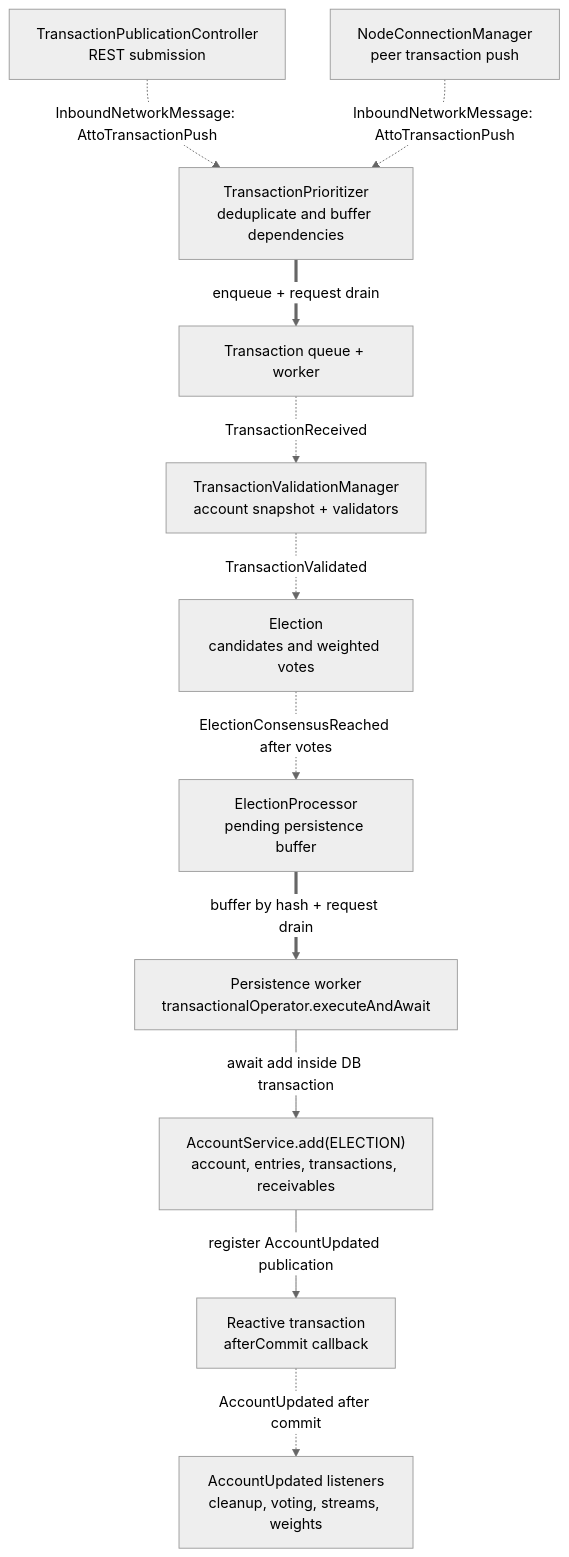
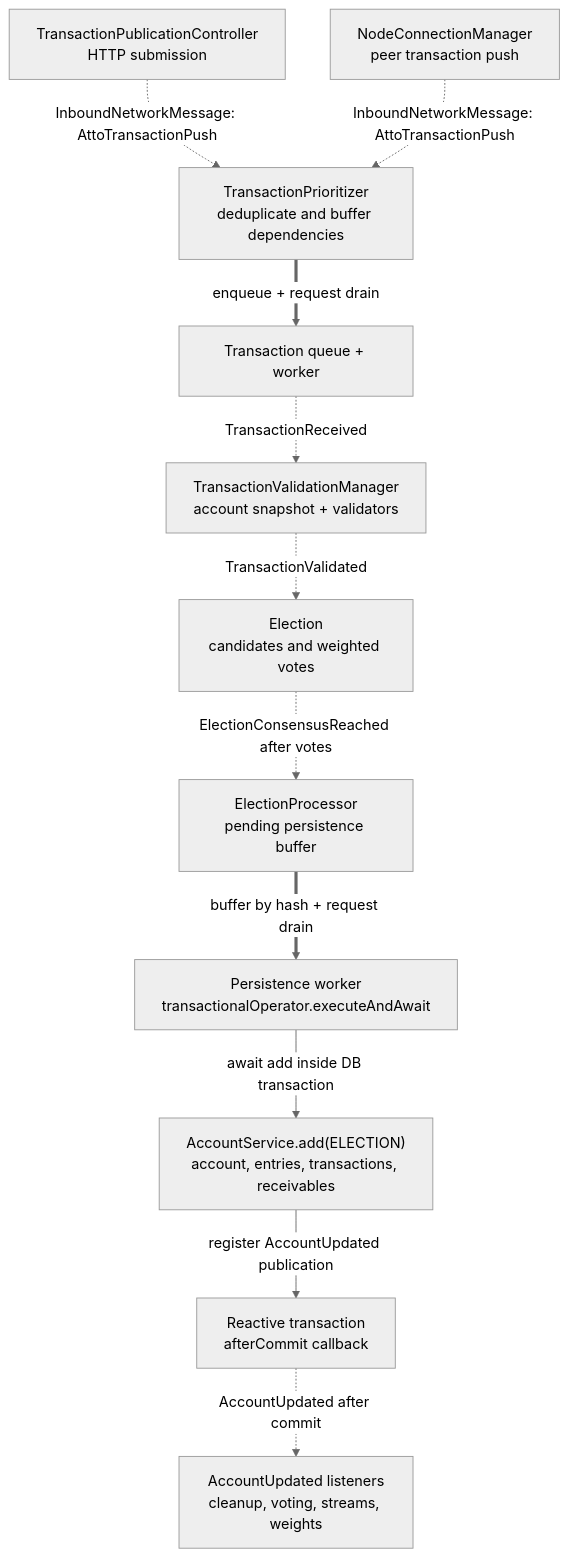
Before and after one commit to attocash/node: the first of 2 diagrams in TRANSACTION-PROCESSING.md, drawn with Mermaid (neutral theme). The commit also changed other lines of this file and 117 other files, not shown here.

````diff
--- a/TRANSACTION-PROCESSING.md
+++ b/TRANSACTION-PROCESSING.md
@@ -41,25 +41,25 @@
 ```mermaid
 flowchart TB
-    REST["TransactionPublicationController<br/>REST submission"]
+    REST["TransactionPublicationController<br/>HTTP submission"]
     P2P["NodeConnectionManager<br/>peer transaction push"]
     PRIORITY["TransactionPrioritizer<br/>deduplicate and buffer dependencies"]
     TXWORK["Transaction queue + worker"]
     VALIDATE["TransactionValidationManager<br/>account snapshot + validators"]
     ELECTION["Election<br/>candidates and weighted votes"]
     PROCESSOR["ElectionProcessor<br/>pending persistence buffer"]
     SAVEWORK["Persistence worker<br/>transactionalOperator.executeAndAwait"]
     ACCOUNT["AccountService.add(ELECTION)<br/>account, entries, transactions, receivables"]
     COMMIT["Reactive transaction<br/>afterCommit callback"]
     COMPLETE["AccountUpdated listeners<br/>cleanup, voting, streams, weights"]
 
     REST -.->|"InboundNetworkMessage: AttoTransactionPush"| PRIORITY
     P2P -.->|"InboundNetworkMessage: AttoTransactionPush"| PRIORITY
     PRIORITY ==>|"enqueue + request drain"| TXWORK
     TXWORK -.->|"TransactionReceived"| VALIDATE
     VALIDATE -.->|"TransactionValidated"| ELECTION
     ELECTION -.->|"ElectionConsensusReached after votes"| PROCESSOR
     PROCESSOR ==>|"buffer by hash + request drain"| SAVEWORK
     SAVEWORK -->|"await add inside DB transaction"| ACCOUNT
     ACCOUNT -->|"register AccountUpdated publication"| COMMIT
     COMMIT -.->|"AccountUpdated after commit"| COMPLETE
 ```
````
